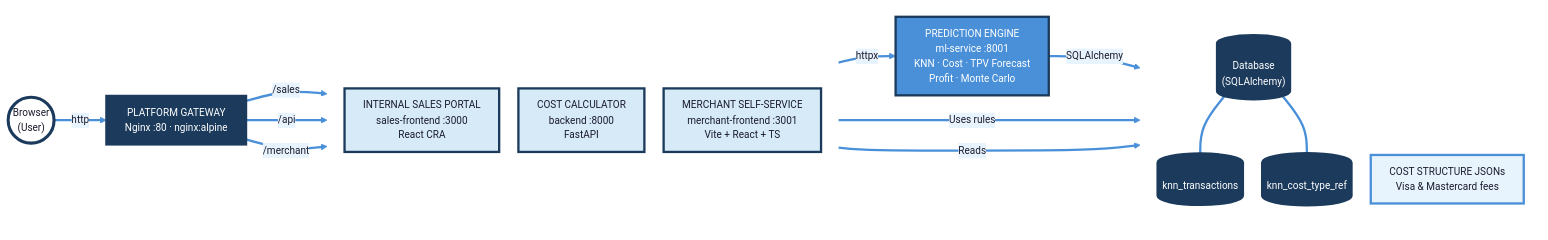
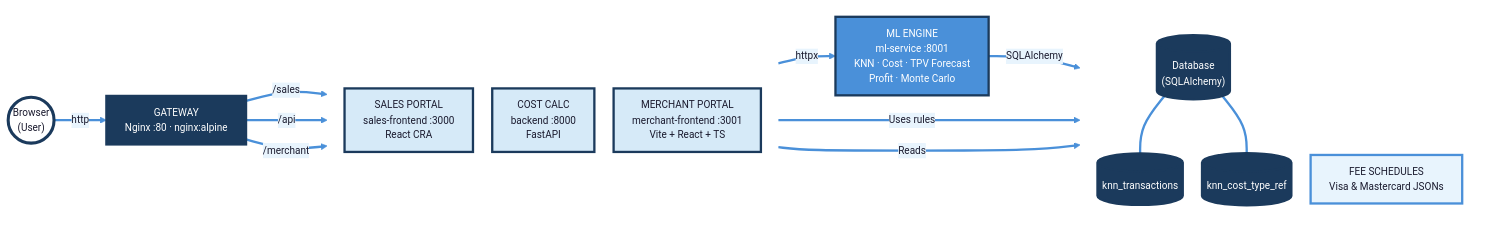
Before and after one commit to Yattmeo/404_found_us: the first of 11 diagrams in ARCHITECTURE.md, drawn with Mermaid.

Commit message:
mermaid js edits

````diff
--- a/ARCHITECTURE.md
+++ b/ARCHITECTURE.md
@@ -5,52 +5,52 @@
 ```mermaid
 %%{init: {'theme': 'base', 'themeVariables': { 'primaryColor': '#D6EAF8', 'primaryTextColor': '#1a1a2e', 'primaryBorderColor': '#4A90D9', 'lineColor': '#4A90D9', 'secondaryColor': '#E8F4FD', 'tertiaryColor': '#F5FAFF', 'fontFamily': 'Segoe UI, sans-serif', 'fontSize': '13px' }, 'flowchart': { 'nodeSpacing': 25, 'rankSpacing': 45, 'padding': 12 }}}%%
 graph LR
     USER(("Browser<br/>(User)"))
 
-    USER -->|http| NG["PLATFORM GATEWAY<br/>Nginx :80 · nginx:alpine"]
+    USER -->|http| NG["GATEWAY<br/>Nginx :80 · nginx:alpine"]
 
     NG -->|/sales| FE
     NG -->|/api| BE
     NG -->|/merchant| MFE
 
     subgraph Services["  "]
         direction TB
-        FE["INTERNAL SALES PORTAL<br/>sales-frontend :3000<br/>React CRA"]
-        BE["COST CALCULATOR<br/>backend :8000<br/>FastAPI"]
-        MFE["MERCHANT SELF-SERVICE<br/>merchant-frontend :3001<br/>Vite + React + TS"]
+        FE["SALES PORTAL<br/>sales-frontend :3000<br/>React CRA"]
+        BE["COST CALC<br/>backend :8000<br/>FastAPI"]
+        MFE["MERCHANT PORTAL<br/>merchant-frontend :3001<br/>Vite + React + TS"]
     end
 
-    BE -->|httpx| MLS["PREDICTION ENGINE<br/>ml-service :8001<br/>KNN · Cost · TPV Forecast<br/>Profit · Monte Carlo"]
+    BE -->|httpx| MLS["ML ENGINE<br/>ml-service :8001<br/>KNN · Cost · TPV Forecast<br/>Profit · Monte Carlo"]
 
     MLS -->|SQLAlchemy| DB
     BE -->|Uses rules| CS
     BE -->|Reads| DB
 
     subgraph DataLayer["  "]
         direction TB
-        CS["COST STRUCTURE JSONs<br/>Visa & Mastercard fees"]
+        CS["FEE SCHEDULES<br/>Visa & Mastercard JSONs"]
         DB[("Database<br/>(SQLAlchemy)")]
         DB1[("knn_transactions")]
         DB2[("knn_cost_type_ref")]
     end
 
     DB --- DB1
     DB --- DB2
 
     style USER fill:#ffffff,stroke:#1B3A5C,stroke-width:4px,color:#1a1a2e
     style NG fill:#1B3A5C,stroke:#1B3A5C,stroke-width:3px,color:#ffffff
     style Services fill:#ffffff,stroke:#ffffff,stroke-width:0px
     style DataLayer fill:#ffffff,stroke:#ffffff,stroke-width:0px
 
     style FE fill:#D6EAF8,stroke:#1B3A5C,stroke-width:3px,color:#1a1a2e
     style BE fill:#D6EAF8,stroke:#1B3A5C,stroke-width:3px,color:#1a1a2e
     style MLS fill:#4A90D9,stroke:#1B3A5C,stroke-width:3px,color:#ffffff
     style MFE fill:#D6EAF8,stroke:#1B3A5C,stroke-width:3px,color:#1a1a2e
 
     style CS fill:#E8F4FD,stroke:#4A90D9,stroke-width:3px,color:#1a1a2e
     style DB fill:#1B3A5C,stroke:#1B3A5C,stroke-width:3px,color:#ffffff
     style DB1 fill:#1B3A5C,stroke:#1B3A5C,stroke-width:3px,color:#ffffff
     style DB2 fill:#1B3A5C,stroke:#1B3A5C,stroke-width:3px,color:#ffffff
 
     linkStyle default stroke:#4A90D9,stroke-width:3px
 ```
````
